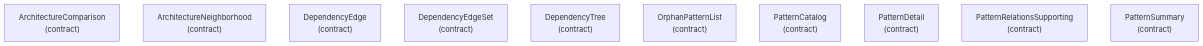
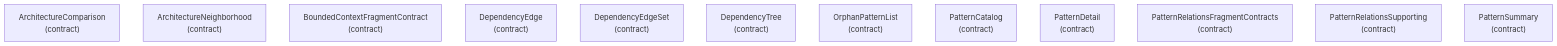
Diagram 14 of 24 in docs-live/ARCHITECTURE.md (libar-dev/architect), drawn with Mermaid before and after one commit. The commit also changed other lines of this file and 11 other files, not shown here.

````diff
--- a/docs-live/ARCHITECTURE.md
+++ b/docs-live/ARCHITECTURE.md
@@ -339,13 +325,15 @@
 ```mermaid
 graph TD
   architecturecomparison["ArchitectureComparison<br/>(contract)"]
   architectureneighborhood["ArchitectureNeighborhood<br/>(contract)"]
+  boundedcontextfragmentcontract["BoundedContextFragmentContract<br/>(contract)"]
   dependencyedge["DependencyEdge<br/>(contract)"]
   dependencyedgeset["DependencyEdgeSet<br/>(contract)"]
   dependencytree["DependencyTree<br/>(contract)"]
   orphanpatternlist["OrphanPatternList<br/>(contract)"]
   patterncatalog["PatternCatalog<br/>(contract)"]
   patterndetail["PatternDetail<br/>(contract)"]
+  patternrelationsfragmentcontracts["PatternRelationsFragmentContracts<br/>(contract)"]
   patternrelationssupporting["PatternRelationsSupporting<br/>(contract)"]
   patternsummary["PatternSummary<br/>(contract)"]
 ```
````
